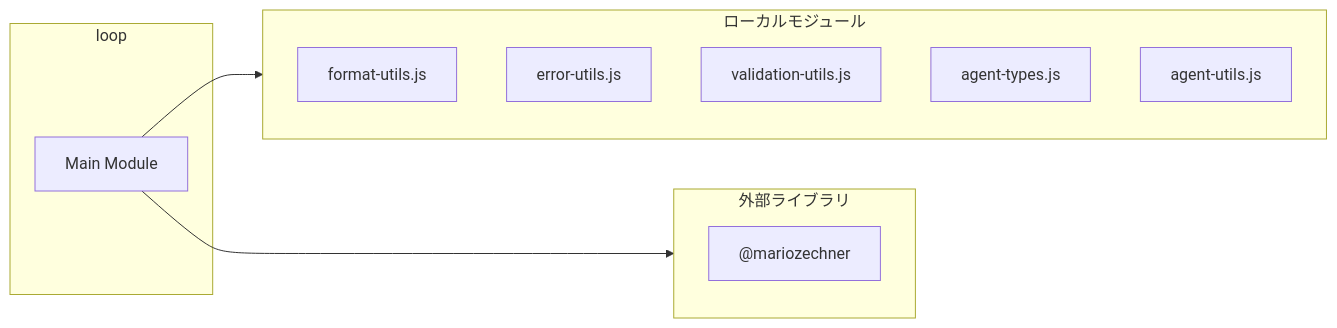
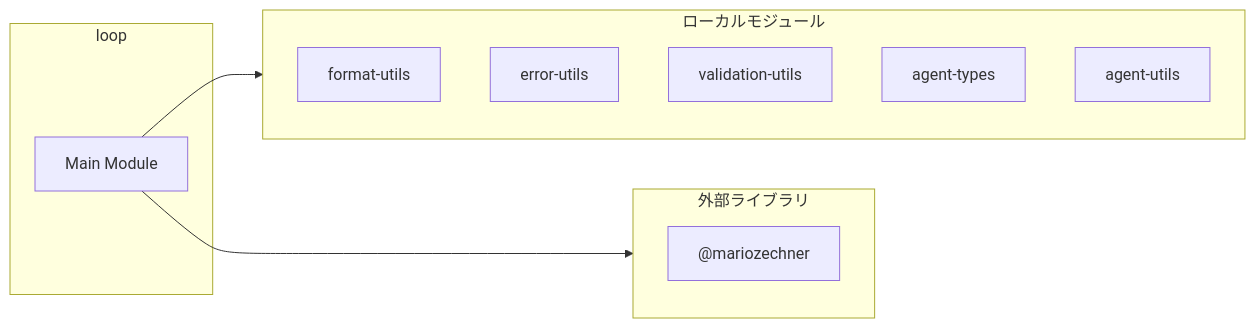
Before and after one commit to Mekann2904/mekann: the second of 3 diagrams in ABDD/.pi/extensions/loop.md, drawn with Mermaid. The commit also changed other lines of this file and 174 other files, not shown here.

First line of the commit message:
fix(docs): ABDDのMermaid図生成エラーを修正する

````diff
--- a/ABDD/.pi/extensions/loop.md
+++ b/ABDD/.pi/extensions/loop.md
@@ -121,20 +121,20 @@
 ```mermaid
 flowchart LR
   subgraph this[loop]
     main[Main Module]
   end
   subgraph local[ローカルモジュール]
-    format_utils_js["format-utils.js"]
-    error_utils_js["error-utils.js"]
-    validation_utils_js["validation-utils.js"]
-    agent_types_js["agent-types.js"]
-    agent_utils_js["agent-utils.js"]
+    format_utils["format-utils"]
+    error_utils["error-utils"]
+    validation_utils["validation-utils"]
+    agent_types["agent-types"]
+    agent_utils["agent-utils"]
   end
   main --> local
   subgraph external[外部ライブラリ]
     _mariozechner["@mariozechner"]
     _mariozechner["@mariozechner"]
     _mariozechner["@mariozechner"]
   end
   main --> external
 ```
````
